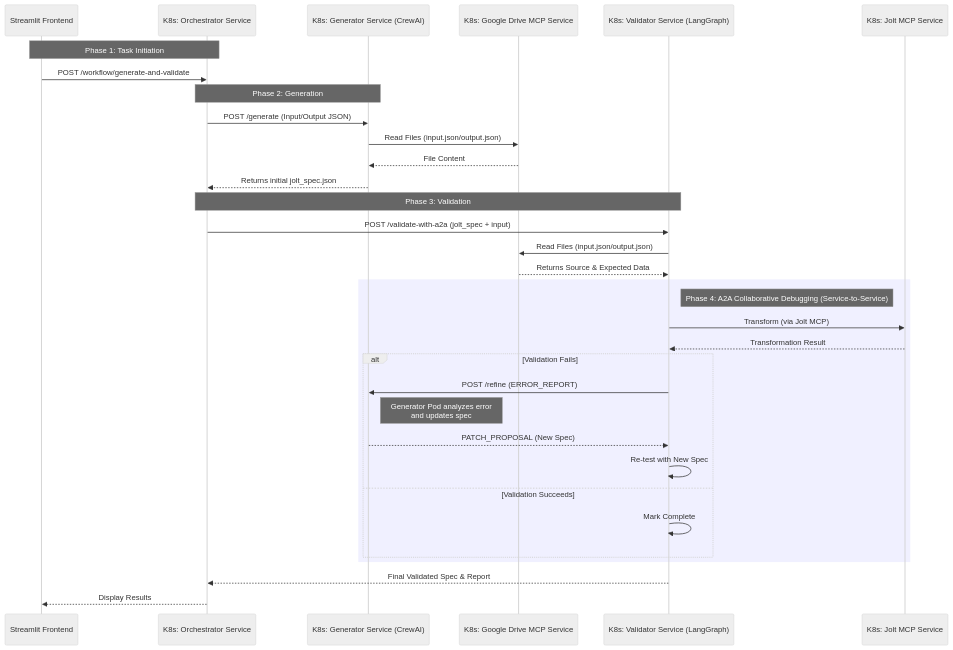
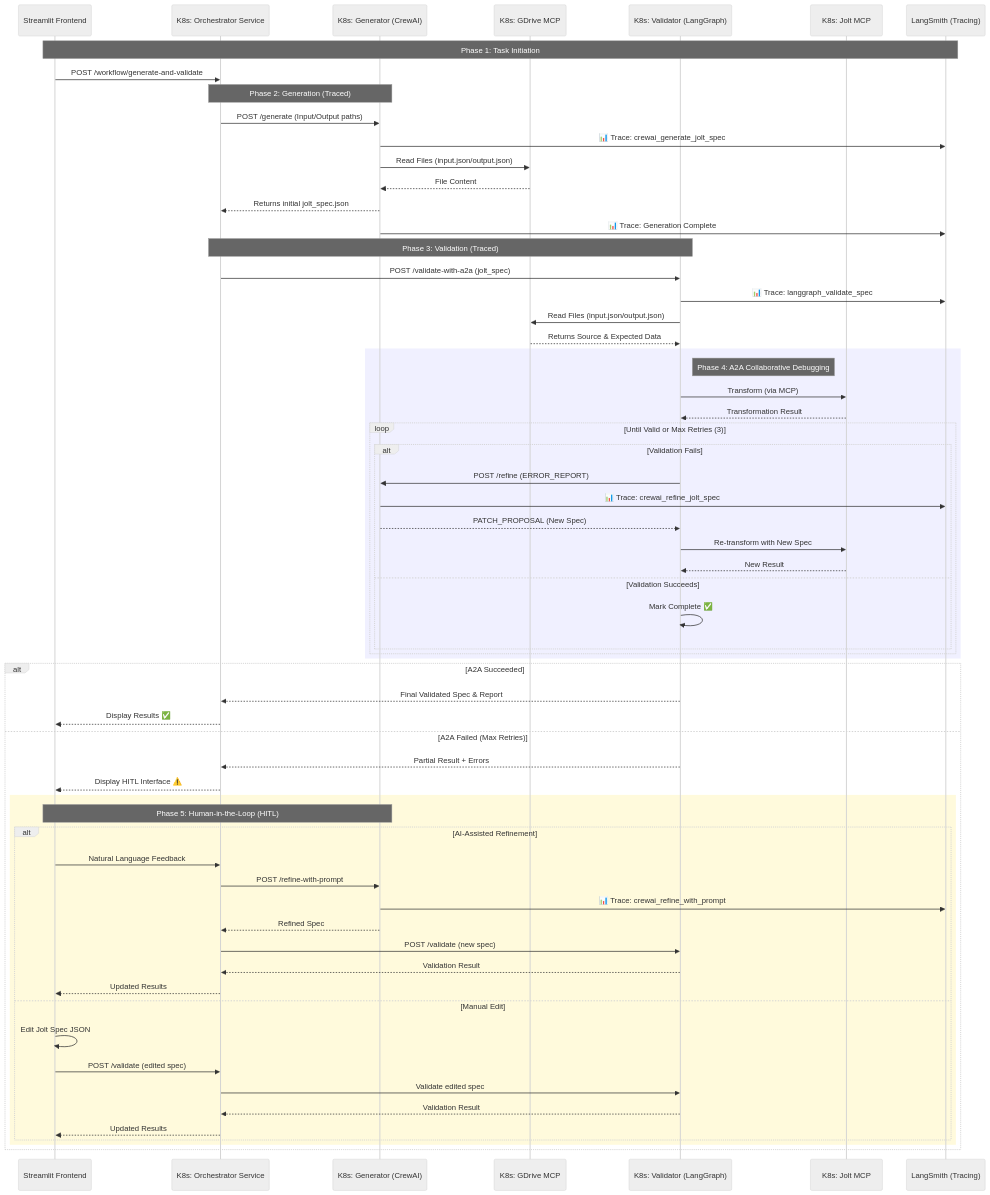
One commit to amitinfo2k/ai-examples changed the second of 3 diagrams in a2a-examples/jolt_platform_agentic_ui/docs/Synopsys.md. Above: the diagram before and after it, drawn with Mermaid (neutral theme). The commit also changed other lines of this file and 5 other files, not shown here.

`````diff
--- a/a2a-examples/jolt_platform_agentic_ui/docs/Synopsys.md
+++ b/a2a-examples/jolt_platform_agentic_ui/docs/Synopsys.md
@@ -53,41 +122,72 @@
 ```mermaid
 sequenceDiagram
     participant User as Streamlit Frontend
     participant Orch as K8s: Orchestrator Service
-    participant Gen as K8s: Generator Service (CrewAI)
-    participant Drive as K8s: Google Drive MCP Service
-    participant Val as K8s: Validator Service (LangGraph)
-    participant Jolt as K8s: Jolt MCP Service
+    participant Gen as K8s: Generator (CrewAI)
+    participant Drive as K8s: GDrive MCP
+    participant Val as K8s: Validator (LangGraph)
+    participant Jolt as K8s: Jolt MCP
+    participant LS as LangSmith (Tracing)
 
-    Note over User, Orch: Phase 1: Task Initiation
+    Note over User, LS: Phase 1: Task Initiation
     User->>Orch: POST /workflow/generate-and-validate
     
-    Note over Orch, Gen: Phase 2: Generation
-    Orch->>Gen: POST /generate (Input/Output JSON)
+    Note over Orch, Gen: Phase 2: Generation (Traced)
+    Orch->>Gen: POST /generate (Input/Output paths)
+    Gen->>LS: 📊 Trace: crewai_generate_jolt_spec
     Gen->>Drive: Read Files (input.json/output.json)
     Drive-->>Gen: File Content
     Gen-->>Orch: Returns initial jolt_spec.json
+    Gen->>LS: 📊 Trace: Generation Complete
 
-    Note over Orch, Val: Phase 3: Validation
-    Orch->>Val: POST /validate-with-a2a (jolt_spec + input)
+    Note over Orch, Val: Phase 3: Validation (Traced)
+    Orch->>Val: POST /validate-with-a2a (jolt_spec)
+    Val->>LS: 📊 Trace: langgraph_validate_spec
     Val->>Drive: Read Files (input.json/output.json)
     Drive-->>Val: Returns Source & Expected Data
     
     rect rgb(240, 240, 255)
-        note right of Val: Phase 4: A2A Collaborative Debugging (Service-to-Service)
-        Val->>Jolt: Transform (via Jolt MCP)
+        Note right of Val: Phase 4: A2A Collaborative Debugging
+        Val->>Jolt: Transform (via MCP)
         Jolt-->>Val: Transformation Result
         
-        alt Validation Fails
-            Val->>Gen: POST /refine (ERROR_REPORT)
-            Note right of Gen: Generator Pod analyzes error<br/>and updates spec
-            Gen-->>Val: PATCH_PROPOSAL (New Spec)
-            Val->>Val: Re-test with New Spec
-        else Validation Succeeds
-            Val->>Val: Mark Complete
+        loop Until Valid or Max Retries (3)
+            alt Validation Fails
+                Val->>Gen: POST /refine (ERROR_REPORT)
+                Gen->>LS: 📊 Trace: crewai_refine_jolt_spec
+                Gen-->>Val: PATCH_PROPOSAL (New Spec)
+                Val->>Jolt: Re-transform with New Spec
+                Jolt-->>Val: New Result
+            else Validation Succeeds
+                Val->>Val: Mark Complete ✅
+            end
         end
     end
-    
-    Val-->>Orch: Final Validated Spec & Report
-    Orch-->>User: Display Results
-````
+
+    alt A2A Succeeded
+        Val-->>Orch: Final Validated Spec & Report
+        Orch-->>User: Display Results ✅
+    else A2A Failed (Max Retries)
+        Val-->>Orch: Partial Result + Errors
+        Orch-->>User: Display HITL Interface ⚠️
+        
+        rect rgb(255, 250, 220)
+            Note over User, Gen: Phase 5: Human-in-the-Loop (HITL)
+            alt AI-Assisted Refinement
+                User->>Orch: Natural Language Feedback
+                Orch->>Gen: POST /refine-with-prompt
+                Gen->>LS: 📊 Trace: crewai_refine_with_prompt
+                Gen-->>Orch: Refined Spec
+                Orch->>Val: POST /validate (new spec)
+                Val-->>Orch: Validation Result
+                Orch-->>User: Updated Results
+            else Manual Edit
+                User->>User: Edit Jolt Spec JSON
+                User->>Orch: POST /validate (edited spec)
+                Orch->>Val: Validate edited spec
+                Val-->>Orch: Validation Result
+                Orch-->>User: Updated Results
+            end
+        end
+    end
+```
`````
